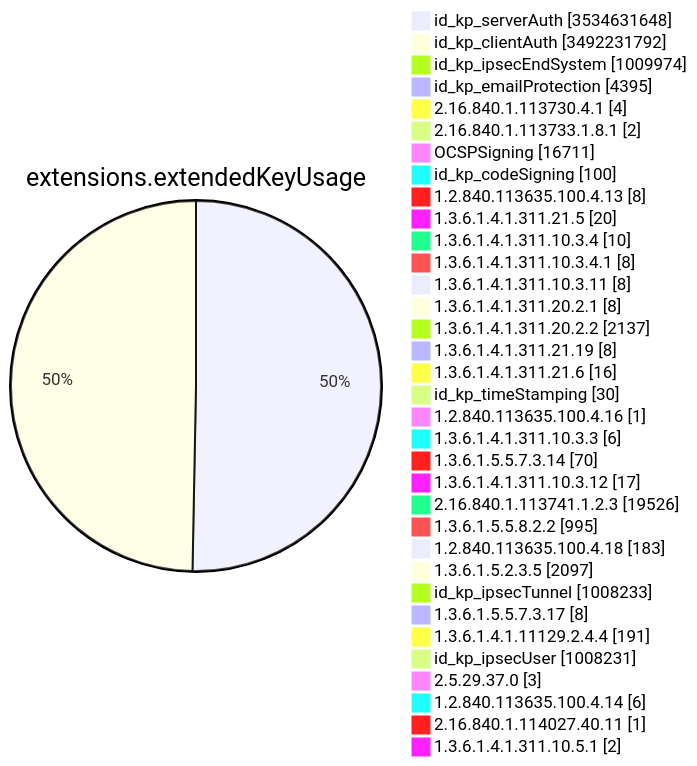
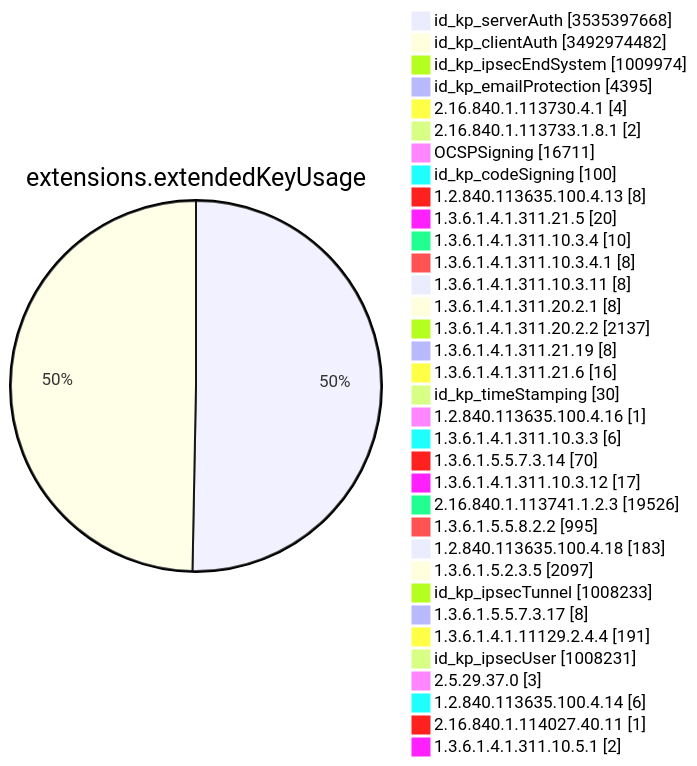
Before and after one commit to christiankrug/ctmonitor_visualization: diagram 11 of 15 in TOTAL/README.md, drawn with Mermaid. The commit also changed other lines of this file, not shown here.

````diff
--- a/TOTAL/README.md
+++ b/TOTAL/README.md
@@ -4127,38 +4127,38 @@
 ```mermaid
 pie showData
 title extensions.extendedKeyUsage
-"id_kp_serverAuth" :3534631648
-"id_kp_clientAuth" :3492231792
+"id_kp_serverAuth" :3535397668
+"id_kp_clientAuth" :3492974482
 "id_kp_ipsecEndSystem" :1009974
 "id_kp_emailProtection" :4395
 "2.16.840.1.113730.4.1" :4
 "2.16.840.1.113733.1.8.1" :2
 "OCSPSigning" :16711
 "id_kp_codeSigning" :100
 "1.2.840.113635.100.4.13" :8
 "1.3.6.1.4.1.311.21.5" :20
 "1.3.6.1.4.1.311.10.3.4" :10
 "1.3.6.1.4.1.311.10.3.4.1" :8
 "1.3.6.1.4.1.311.10.3.11" :8
 "1.3.6.1.4.1.311.20.2.1" :8
 "1.3.6.1.4.1.311.20.2.2" :2137
 "1.3.6.1.4.1.311.21.19" :8
 "1.3.6.1.4.1.311.21.6" :16
 "id_kp_timeStamping" :30
 "1.2.840.113635.100.4.16" :1
 "1.3.6.1.4.1.311.10.3.3" :6
 "1.3.6.1.5.5.7.3.14" :70
 "1.3.6.1.4.1.311.10.3.12" :17
 "2.16.840.1.113741.1.2.3" :19526
 "1.3.6.1.5.5.8.2.2" :995
 "1.2.840.113635.100.4.18" :183
 "1.3.6.1.5.2.3.5" :2097
 "id_kp_ipsecTunnel" :1008233
 "1.3.6.1.5.5.7.3.17" :8
 "1.3.6.1.4.1.11129.2.4.4" :191
 "id_kp_ipsecUser" :1008231
 "2.5.29.37.0" :3
 "1.2.840.113635.100.4.14" :6
 "2.16.840.1.114027.40.11" :1
 "1.3.6.1.4.1.311.10.5.1" :2
 ```
````
